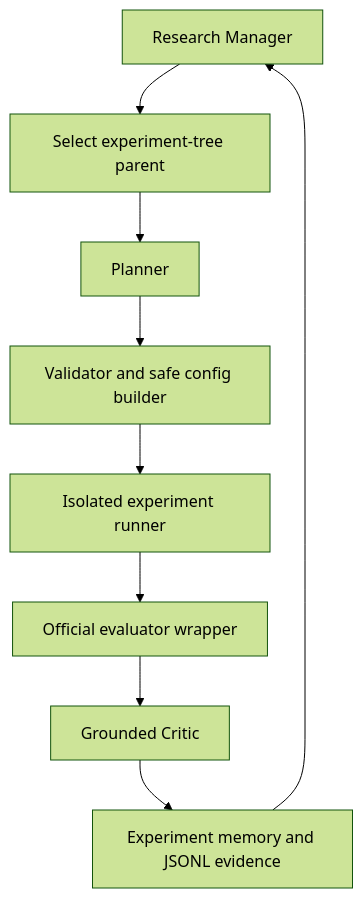
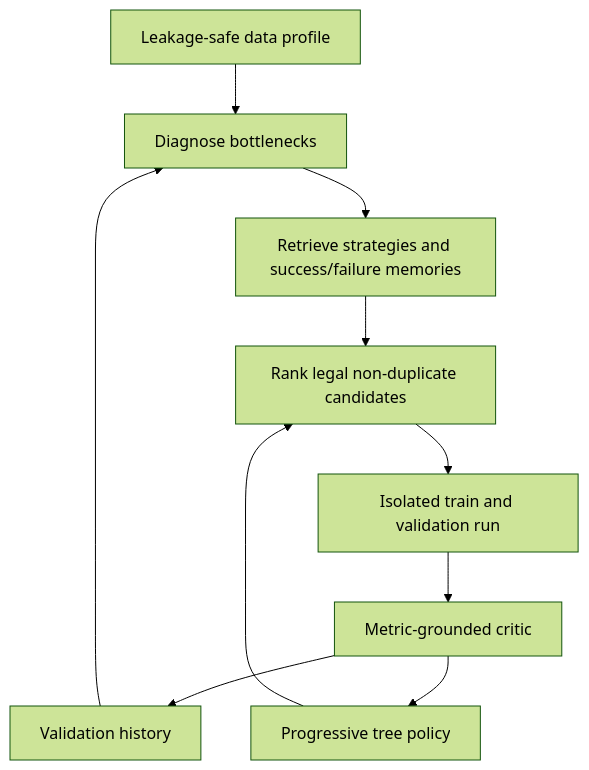
Before and after one commit to Junronggg/TechJam2026: the diagram in docs/architecture.md, drawn with Mermaid (forest theme). The commit also changed other lines of this file and 92 other files, not shown here.

````diff
--- a/docs/architecture.md
+++ b/docs/architecture.md
@@ -7,11 +9,12 @@
 ```mermaid
 flowchart TD
-    M[Research Manager] --> S[Select experiment-tree parent]
-    S --> P[Planner]
-    P --> V[Validator and safe config builder]
-    V --> R[Isolated experiment runner]
-    R --> E[Official evaluator wrapper]
-    E --> C[Grounded Critic]
-    C --> X[Experiment memory and JSONL evidence]
-    X --> M
+    P[Leakage-safe data profile] --> D[Diagnose bottlenecks]
+    H[Validation history] --> D
+    D --> K[Retrieve strategies and success/failure memories]
+    K --> C[Rank legal non-duplicate candidates]
+    T[Progressive tree policy] --> C
+    C --> R[Isolated train and validation run]
+    R --> X[Metric-grounded critic]
+    X --> H
+    X --> T
 ```
````
